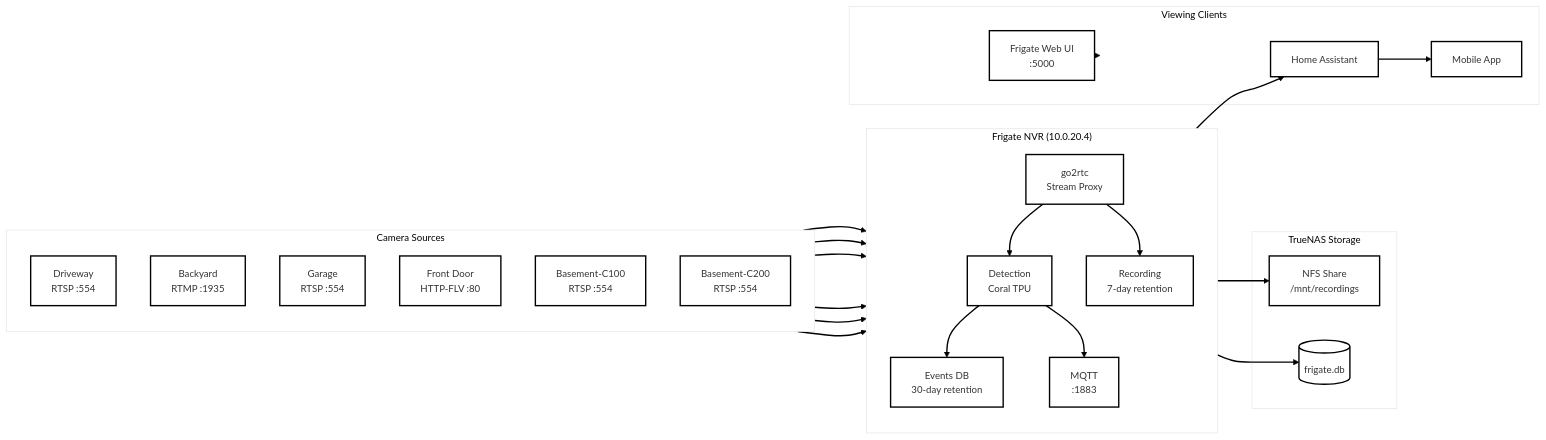
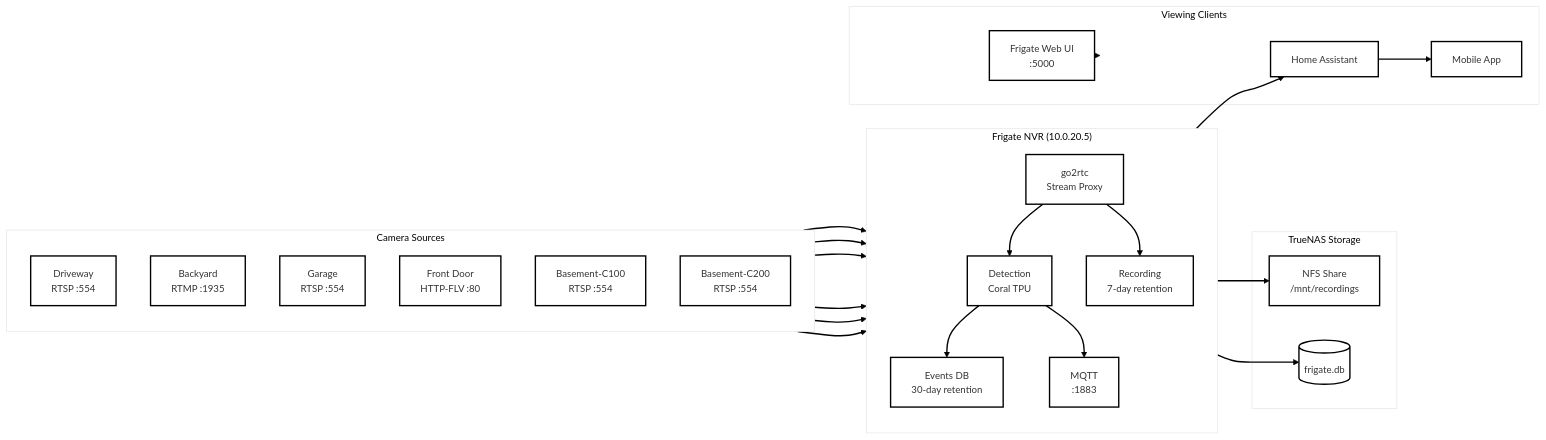
One commit to DushanthaS/packer-proxmox-template changed the second of 2 diagrams in homelab_reference_architecture-V2.5.md. Above: the diagram before and after it, drawn with Mermaid. The commit also changed other lines of this file, not shown here.

````diff
--- a/homelab_reference_architecture-V2.5.md
+++ b/homelab_reference_architecture-V2.5.md
@@ -613,55 +614,55 @@
 ```mermaid
 ---
 config:
   theme: neo
 ---
 flowchart LR
     subgraph Cameras["Camera Sources"]
         direction TB
         C1[Driveway<br/>RTSP :554]
         C2[Backyard<br/>RTMP :1935]
         C3[Garage<br/>RTSP :554]
         C4[Front Door<br/>HTTP-FLV :80]
         C5[Basement-C100<br/>RTSP :554]
         C6[Basement-C200<br/>RTSP :554]
     end
 
-    subgraph Frigate["Frigate NVR (10.0.20.4)"]
+    subgraph Frigate["Frigate NVR (10.0.20.5)"]
         direction TB
         GO2RTC[go2rtc<br/>Stream Proxy]
         DETECT[Detection<br/>Coral TPU]
         RECORD[Recording<br/>7-day retention]
         EVENTS[Events DB<br/>30-day retention]
         MQTT[MQTT<br/>:1883]
     end
 
     subgraph Storage["TrueNAS Storage"]
         NFS[NFS Share<br/>/mnt/recordings]
         DB[(frigate.db)]
     end
 
     subgraph Clients["Viewing Clients"]
         HA[Home Assistant]
         WEB[Frigate Web UI<br/>:5000]
         MOBILE[Mobile App]
     end
 
     C1 --> GO2RTC
     C2 --> GO2RTC
     C3 --> GO2RTC
     C4 --> GO2RTC
     C5 --> GO2RTC
     C6 --> GO2RTC
 
     GO2RTC --> DETECT
     GO2RTC --> RECORD
     DETECT --> EVENTS
     DETECT --> MQTT
 
     RECORD --> NFS
     EVENTS --> DB
 
     MQTT --> HA
     WEB --> Clients
     HA --> MOBILE
 ```
````
